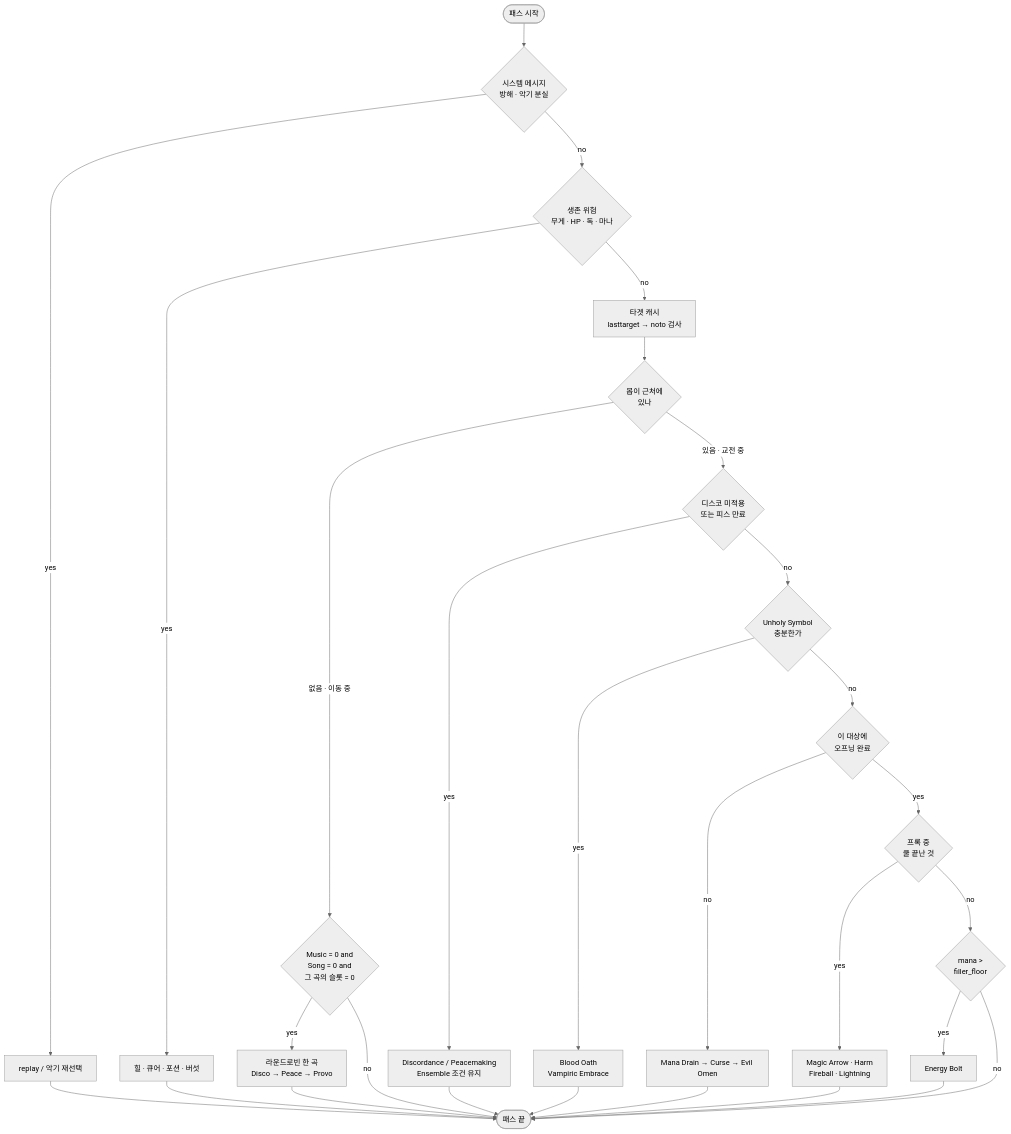
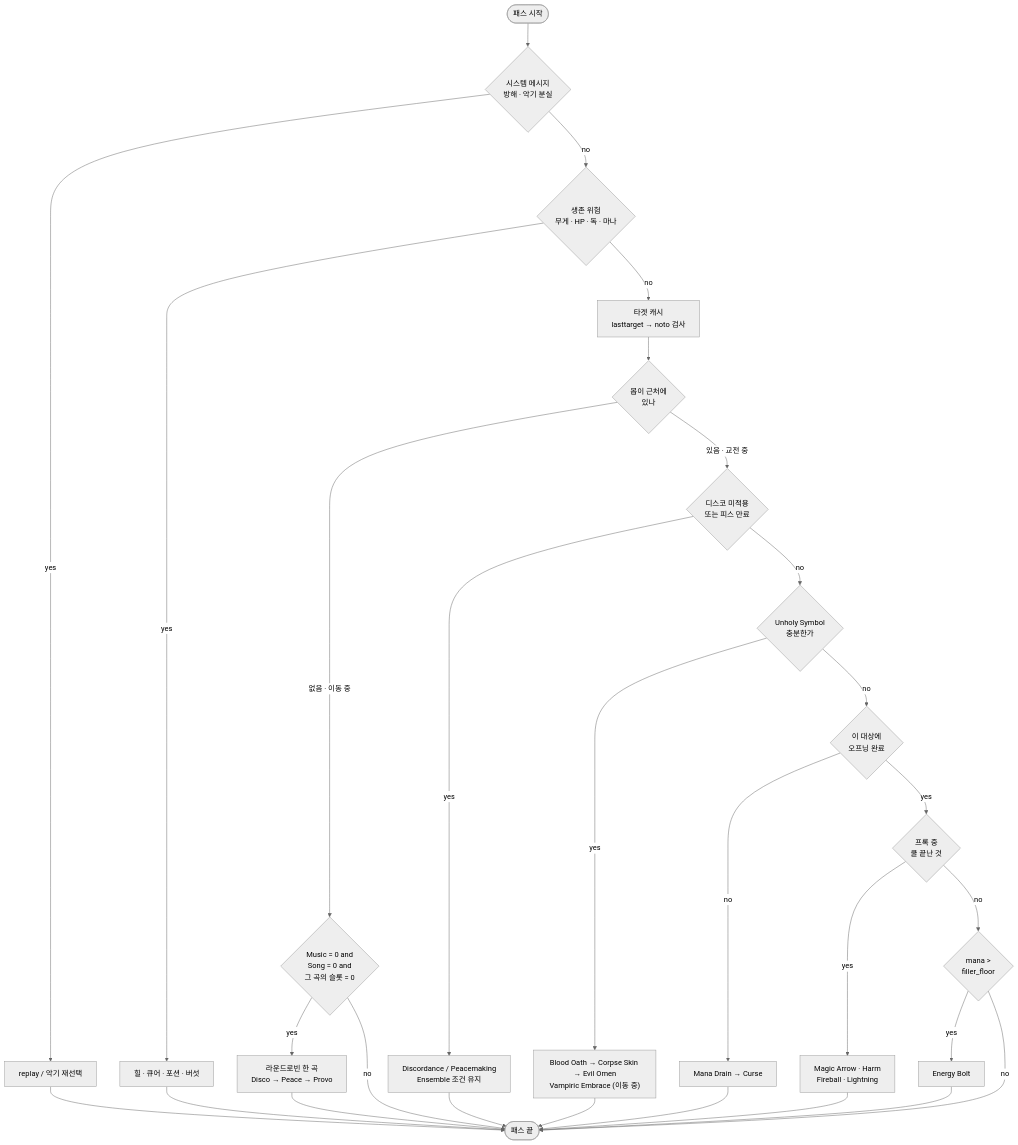
The diagram in library/bard-necro-combat-design.md (minu-ha/uoo), drawn with Mermaid (neutral theme) before and after one commit. The commit also changed other lines of this file, not shown here.

````diff
--- a/library/bard-necro-combat-design.md
+++ b/library/bard-necro-combat-design.md
@@ -28,44 +28,44 @@
 ```mermaid
 flowchart TD
     S([패스 시작]) --> M0
 
     M0{"시스템 메시지<br/>방해 · 악기 분실"}
     M0 -->|yes| A0["replay / 악기 재선택"] --> E
     M0 -->|no| M1
 
     M1{"생존 위험<br/>무게 · HP · 독 · 마나"}
     M1 -->|yes| A1["힐 · 큐어 · 포션 · 버섯"] --> E
     M1 -->|no| M2
 
     M2["타겟 캐시<br/>lasttarget → noto 검사"] --> M3
 
     M3{"몹이 근처에<br/>있나"}
     M3 -->|"없음 · 이동 중"| SONG
     M3 -->|"있음 · 교전 중"| SKILL
 
     SONG{"Music = 0 and<br/>Song = 0 and<br/>그 곡의 슬롯 = 0"}
     SONG -->|yes| ASONG["라운드로빈 한 곡<br/>Disco → Peace → Provo"] --> E
     SONG -->|no| E
 
     SKILL{"디스코 미적용<br/>또는 피스 만료"}
     SKILL -->|yes| ASKILL["Discordance / Peacemaking<br/>Ensemble 조건 유지"] --> E
     SKILL -->|no| NECRO
 
     NECRO{"Unholy Symbol<br/>충분한가"}
-    NECRO -->|yes| ANECRO["Blood Oath<br/>Vampiric Embrace"] --> E
+    NECRO -->|yes| ANECRO["Blood Oath → Corpse Skin → Evil Omen<br/>Vampiric Embrace (이동 중)"] --> E
     NECRO -->|no| OPEN
 
     OPEN{"이 대상에<br/>오프닝 완료"}
-    OPEN -->|no| AOPEN["Mana Drain → Curse → Evil Omen"] --> E
+    OPEN -->|no| AOPEN["Mana Drain → Curse"] --> E
     OPEN -->|yes| PROC
 
     PROC{"프록 중<br/>쿨 끝난 것"}
     PROC -->|yes| APROC["Magic Arrow · Harm<br/>Fireball · Lightning"] --> E
     PROC -->|no| FILL
 
     FILL{"mana ><br/>filler_floor"}
     FILL -->|yes| AFILL["Energy Bolt"] --> E
     FILL -->|no| E
 
     E([패스 끝])
 ```
````
